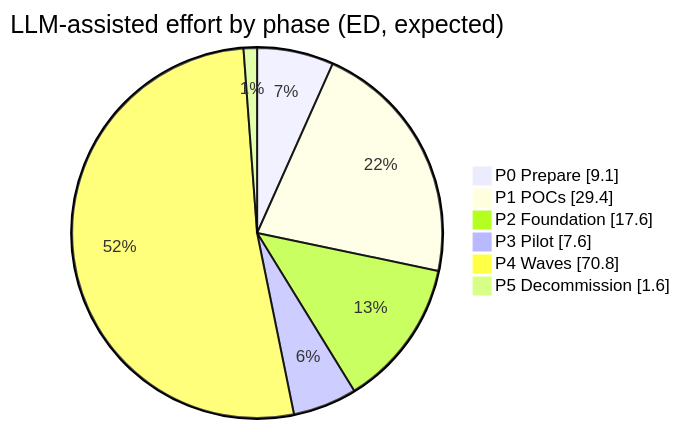
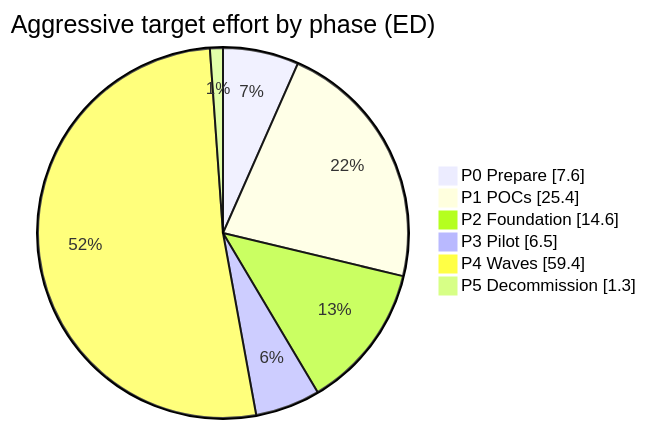
Before and after one commit to infroid/temporal-vs-dagster: diagram 12 of 13 in docs/2-migration-plan.md, drawn with Mermaid. The commit also changed other lines of this file and 2 other files, not shown here.

First line of the commit message:
Aggressive target timeline and POC phase at a glance

````diff
--- a/docs/2-migration-plan.md
+++ b/docs/2-migration-plan.md
@@ -949,9 +1020,9 @@
 ```mermaid
-pie showData title LLM-assisted effort by phase (ED, expected)
-  "P0 Prepare" : 9.1
-  "P1 POCs" : 29.4
-  "P2 Foundation" : 17.6
-  "P3 Pilot" : 7.6
-  "P4 Waves" : 70.8
-  "P5 Decommission" : 1.6
+pie showData title Aggressive target effort by phase (ED)
+  "P0 Prepare" : 7.6
+  "P1 POCs" : 25.4
+  "P2 Foundation" : 14.6
+  "P3 Pilot" : 6.5
+  "P4 Waves" : 59.4
+  "P5 Decommission" : 1.3
 ```
````
